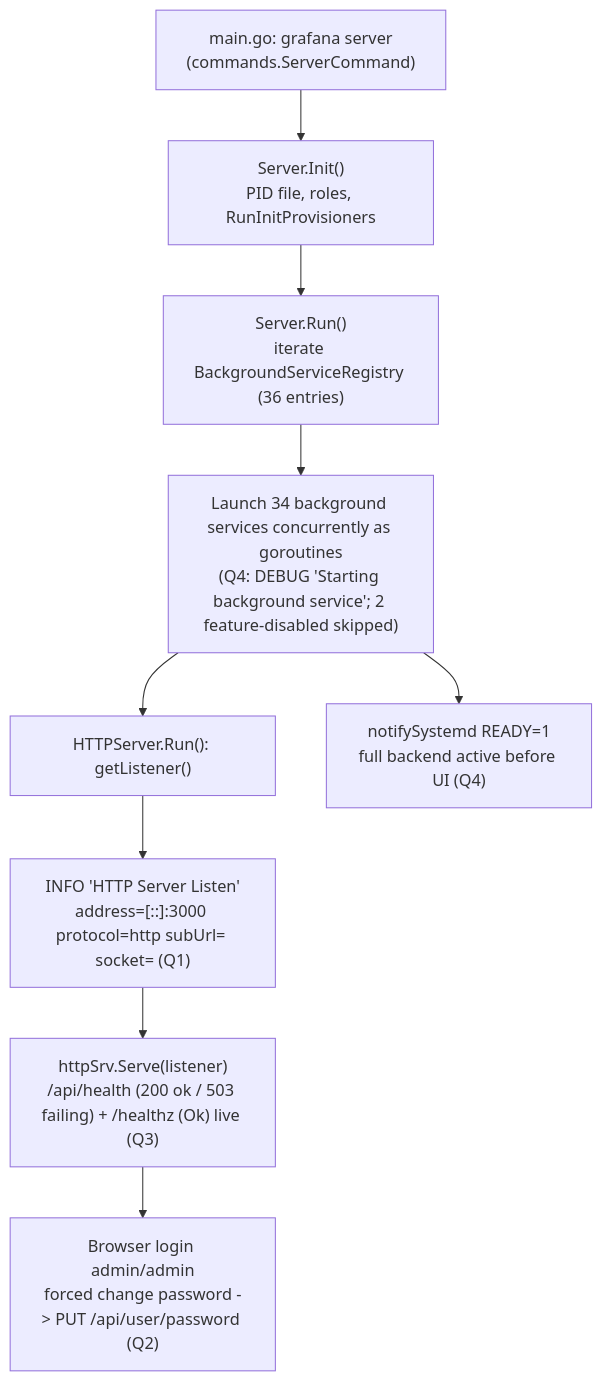
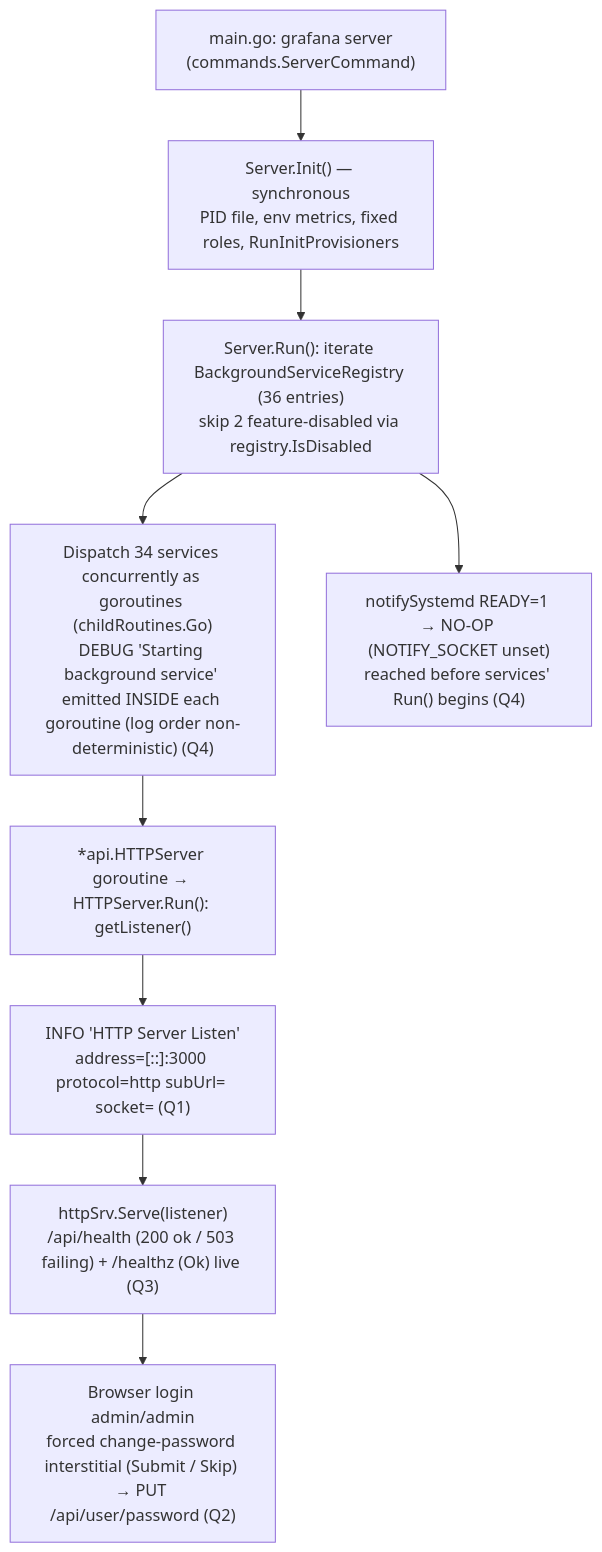
Before and after one commit to blitzy-research/grafana: the diagram in blitzy/documentation/grafana_4550cfb5b728.md, drawn with Mermaid. The commit also changed other lines of this file, not shown here.

First line of the commit message:
docs: address code review for grafana boot-sequence onboarding Q&A

````diff
--- a/blitzy/documentation/grafana_4550cfb5b728.md
+++ b/blitzy/documentation/grafana_4550cfb5b728.md
@@ -754,11 +1239,11 @@
 ```mermaid
 flowchart TD
-    A["main.go: grafana server<br/>(commands.ServerCommand)"] --> B["Server.Init()<br/>PID file, roles, RunInitProvisioners"]
-    B --> C["Server.Run()<br/>iterate BackgroundServiceRegistry (36 entries)"]
-    C --> D["Launch 34 background services concurrently as goroutines<br/>(Q4: DEBUG 'Starting background service'; 2 feature-disabled skipped)"]
-    D --> E["HTTPServer.Run(): getListener()"]
+    A["main.go: grafana server<br/>(commands.ServerCommand)"] --> B["Server.Init() — synchronous<br/>PID file, env metrics, fixed roles, RunInitProvisioners"]
+    B --> C["Server.Run(): iterate BackgroundServiceRegistry (36 entries)<br/>skip 2 feature-disabled via registry.IsDisabled"]
+    C --> D["Dispatch 34 services concurrently as goroutines (childRoutines.Go)<br/>DEBUG 'Starting background service' emitted INSIDE each goroutine (log order non-deterministic) (Q4)"]
+    D --> E["*api.HTTPServer goroutine → HTTPServer.Run(): getListener()"]
     E --> F["INFO 'HTTP Server Listen'<br/>address=[::]:3000 protocol=http subUrl= socket= (Q1)"]
     F --> G["httpSrv.Serve(listener)<br/>/api/health (200 ok / 503 failing) + /healthz (Ok) live (Q3)"]
-    D --> H["notifySystemd READY=1<br/>full backend active before UI (Q4)"]
-    G --> I["Browser login admin/admin<br/>forced change password -> PUT /api/user/password (Q2)"]
+    C --> H["notifySystemd READY=1 → NO-OP (NOTIFY_SOCKET unset)<br/>reached before services' Run() begins (Q4)"]
+    G --> I["Browser login admin/admin<br/>forced change-password interstitial (Submit / Skip) → PUT /api/user/password (Q2)"]
 ```
````
